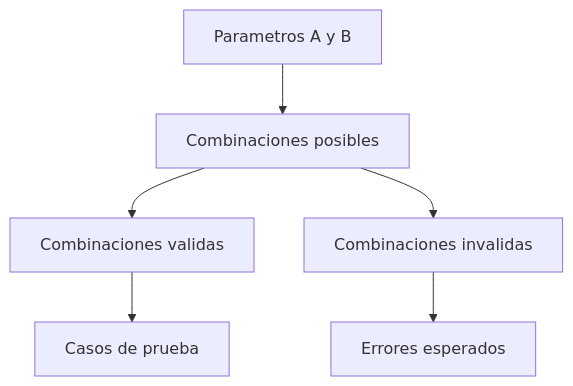
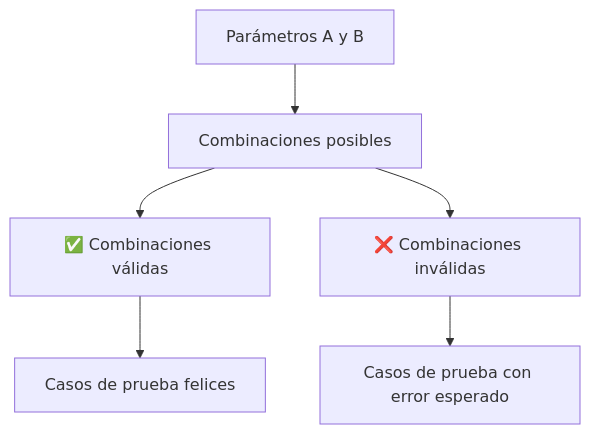
The seventh of 7 diagrams in parte1-pensar-como-qa/02-diseno-de-tests.md (joshuacba08/qa-engineering-book), drawn with Mermaid before and after one commit. The commit also changed other lines of this file and 1 other file, not shown here.

````diff
--- a/parte1-pensar-como-qa/02-diseno-de-tests.md
+++ b/parte1-pensar-como-qa/02-diseno-de-tests.md
@@ -1150,8 +1174,8 @@
 ```mermaid
 graph TD
-    A[Parametros A y B] --> B[Combinaciones posibles]
-    B --> C[Combinaciones validas]
-    B --> D[Combinaciones invalidas]
-    C --> E[Casos de prueba]
-    D --> F[Errores esperados]
+    A[Parámetros A y B] --> B[Combinaciones posibles]
+    B --> C[✅ Combinaciones válidas]
+    B --> D[❌ Combinaciones inválidas]
+    C --> E[Casos de prueba felices]
+    D --> F[Casos de prueba con error esperado]
 ```
````
